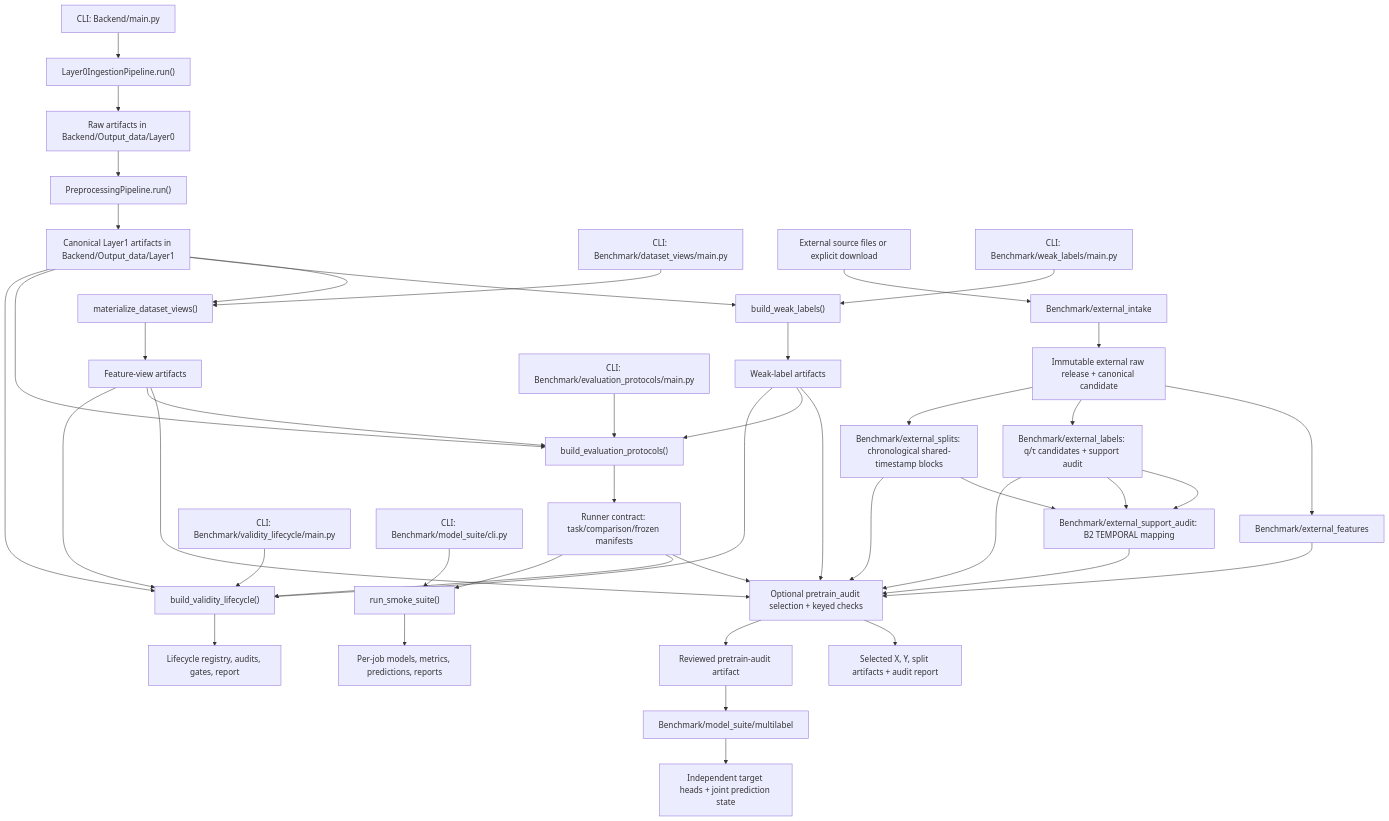
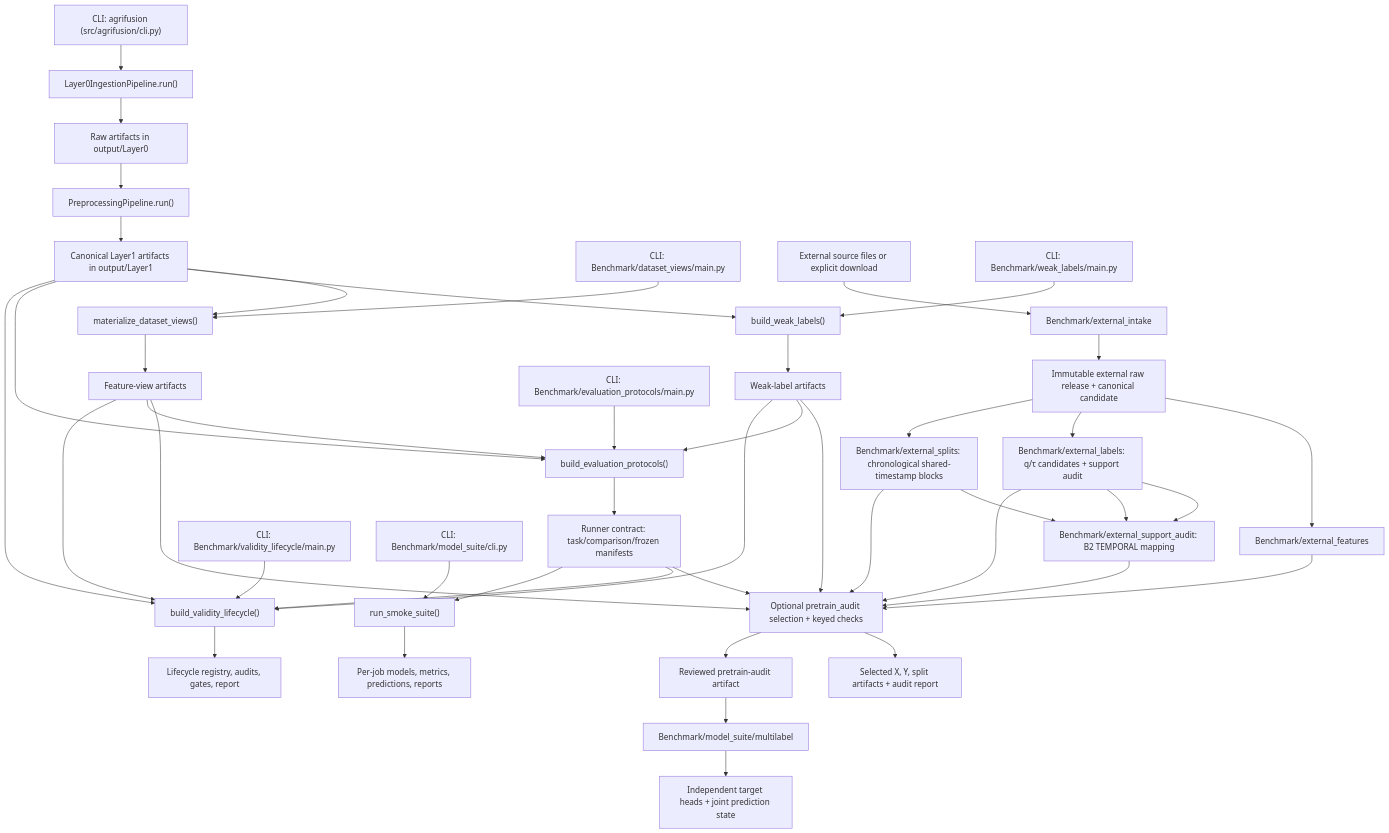
The first of 4 diagrams in Backend/PIPELINE_FLOW.md (lawnguyenit/AgriFusion-IoT), drawn with Mermaid before and after one commit. The commit also changed other lines of this file and 193 other files, not shown here.

First line of the commit message:
refactor(backend): move telemetry code to src/agrifusion; output/ replaces Backend/Output_data (s4e)

````diff
--- a/Backend/PIPELINE_FLOW.md
+++ b/Backend/PIPELINE_FLOW.md
@@ -20,53 +21,53 @@
 ```mermaid
 flowchart TD
-    A["CLI: Backend/main.py"] --> B["Layer0IngestionPipeline.run()"]
-    B --> C["Raw artifacts in Backend/Output_data/Layer0"]
+    A["CLI: agrifusion (src/agrifusion/cli.py)"] --> B["Layer0IngestionPipeline.run()"]
+    B --> C["Raw artifacts in output/Layer0"]
     C --> D["PreprocessingPipeline.run()"]
-    D --> E["Canonical Layer1 artifacts in Backend/Output_data/Layer1"]
+    D --> E["Canonical Layer1 artifacts in output/Layer1"]
 
     F["CLI: Benchmark/dataset_views/main.py"] --> G["materialize_dataset_views()"]
     E --> G
     G --> H["Feature-view artifacts"]
     H --> U["Optional pretrain_audit selection + keyed checks"]
 
     X["External source files or explicit download"] --> Y["Benchmark/external_intake"]
     Y --> Z["Immutable external raw release + canonical candidate"]
     Z --> W["Benchmark/external_features"]
     Z --> WL["Benchmark/external_labels: q/τ candidates + support audit"]
     Z --> ES["Benchmark/external_splits: chronological shared-timestamp blocks"]
     WL --> SA["Benchmark/external_support_audit: B2 TEMPORAL mapping"]
     ES --> SA
     WL --> SA
     W --> U
     WL --> U
     ES --> U
     SA --> U
 
     I["CLI: Benchmark/weak_labels/main.py"] --> J["build_weak_labels()"]
     E --> J
     J --> K["Weak-label artifacts"]
     K --> U
 
     L["CLI: Benchmark/evaluation_protocols/main.py"] --> M["build_evaluation_protocols()"]
     E --> M
     H --> M
     K --> M
     M --> N["Runner contract: task/comparison/frozen manifests"]
     N --> U
     U --> V["Selected X, Y, split artifacts + audit report"]
 
     R["CLI: Benchmark/validity_lifecycle/main.py"] --> S["build_validity_lifecycle()"]
     N --> S
     E --> S
     H --> S
     K --> S
     S --> T["Lifecycle registry, audits, gates, report"]
 
     O["CLI: Benchmark/model_suite/cli.py"] --> P["run_smoke_suite()"]
     N --> P
     P --> Q["Per-job models, metrics, predictions, reports"]
 
     U --> U2["Reviewed pretrain-audit artifact"]
     U2 --> ML["Benchmark/model_suite/multilabel"]
     ML --> ML2["Independent target heads + joint prediction state"]
 ```
````
